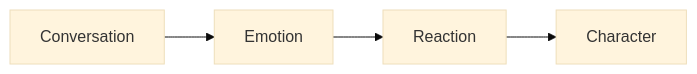
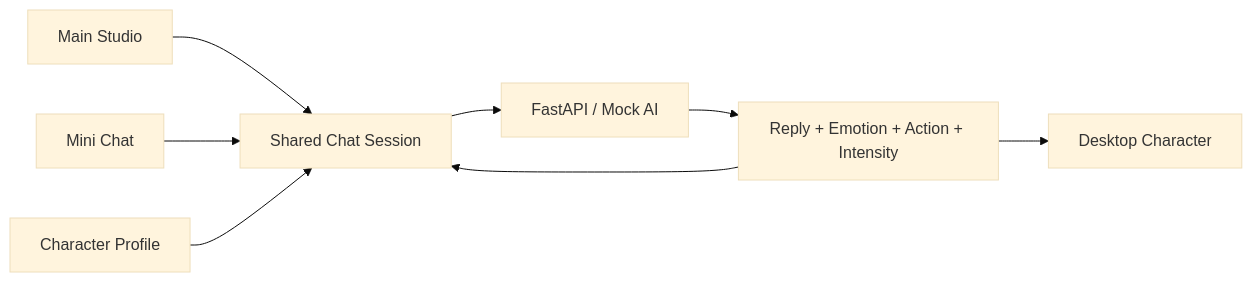
One commit to skrnldudna1/AI-step1 changed the first of 2 diagrams in README.md. Above: the diagram before and after it, drawn with Mermaid (base theme). The commit also changed other lines of this file and 62 other files, not shown here.

First line of the commit message:
feat: add companion studio, character personas and extended emotions

````diff
--- a/README.md
+++ b/README.md
@@ -51,6 +66,10 @@
 ```mermaid
 flowchart LR
-    A[Conversation] --> B[Emotion]
-    B --> C[Reaction]
-    C --> D[Character]
+    A[Main Studio] --> C[Shared Chat Session]
+    B[Mini Chat] --> C
+    P[Character Profile] --> C
+    C --> D[FastAPI / Mock AI]
+    D --> E[Reply + Emotion + Action + Intensity]
+    E --> C
+    E --> F[Desktop Character]
 ```
````
